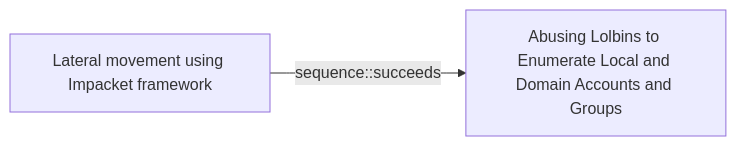
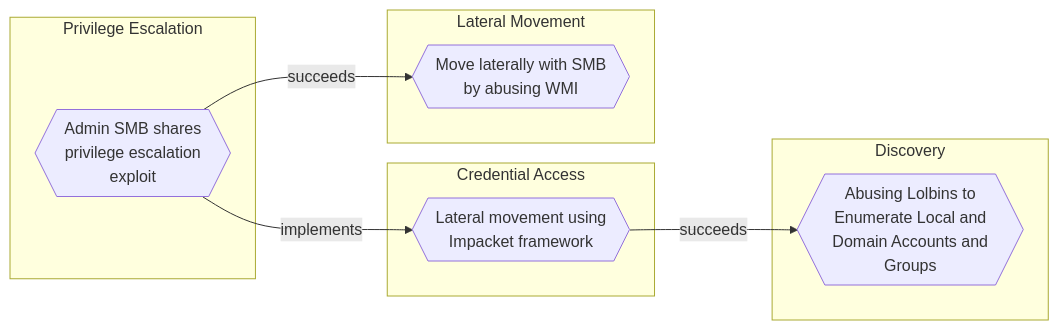
Before and after one commit to opentidehq/library: the diagram in docs/threats/lateral-movement-using-impacket-framework.md, drawn with Mermaid. The commit also changed other lines of this file and 540 other files, not shown here.

````diff
--- a/docs/threats/lateral-movement-using-impacket-framework.md
+++ b/docs/threats/lateral-movement-using-impacket-framework.md
@@ -77,6 +84,18 @@
 ```mermaid
 flowchart LR
-75415bc5_6615_487e_a69c_7a4ffc196996["Lateral movement using Impacket framework"]
-3b1026c6_7d04_4b91_ba6f_abc68e993616["Abusing Lolbins to Enumerate Local and Domain Accounts and Groups"]
-75415bc5_6615_487e_a69c_7a4ffc196996 -->|sequence::succeeds| 3b1026c6_7d04_4b91_ba6f_abc68e993616
+subgraph "Credential Access"
+75415bc5_6615_487e_a69c_7a4ffc196996{{"Lateral movement using<br>Impacket framework"}}
+end
+subgraph "Privilege Escalation"
+02810748_52b5_4d3a_a788_29a948538cd2{{"Admin SMB shares<br>privilege escalation<br>exploit"}}
+end
+subgraph "Lateral Movement"
+f33a693b_04cd_476e_9067_9deab561e55a{{"Move laterally with SMB<br>by abusing WMI"}}
+end
+subgraph "Discovery"
+3b1026c6_7d04_4b91_ba6f_abc68e993616{{"Abusing Lolbins to<br>Enumerate Local and<br>Domain Accounts and<br>Groups"}}
+end
+02810748_52b5_4d3a_a788_29a948538cd2 -->|implements| 75415bc5_6615_487e_a69c_7a4ffc196996
+02810748_52b5_4d3a_a788_29a948538cd2 -->|succeeds| f33a693b_04cd_476e_9067_9deab561e55a
+75415bc5_6615_487e_a69c_7a4ffc196996 -->|succeeds| 3b1026c6_7d04_4b91_ba6f_abc68e993616
 ```
````
